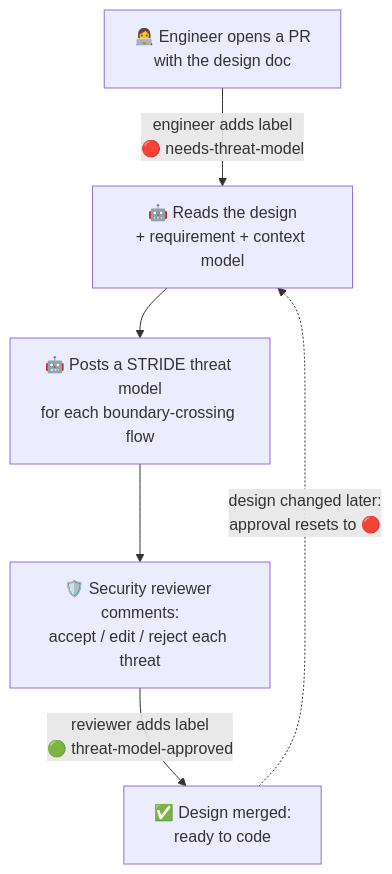
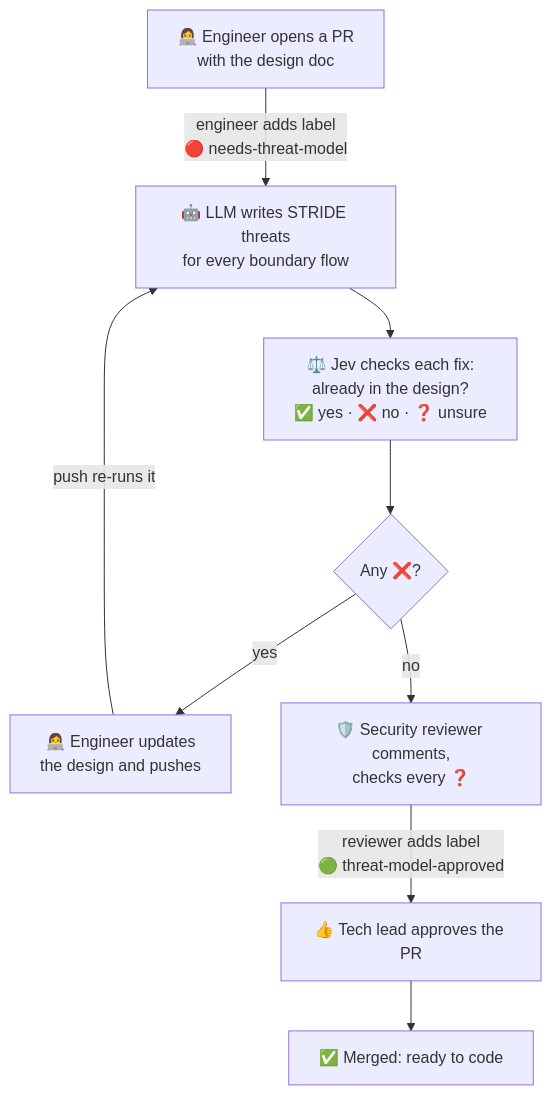
The second of 2 diagrams in README.md (padmanabhan-r/agentic-secure-sdlc), drawn with Mermaid before and after one commit. The commit also changed other lines of this file and 2 other files, not shown here.

Commit message:
Jev judges whether each fix is in the design; README Stage 2 diagram

````diff
--- a/README.md
+++ b/README.md
@@ -85,8 +85,11 @@
 ```mermaid
 flowchart TD
-    A["👩‍💻 Engineer opens a PR<br/>with the design doc"] -->|"engineer adds label<br/>🔴 needs-threat-model"| B["🤖 Reads the design<br/>+ requirement + context model"]
-    B --> C["🤖 Posts a STRIDE threat model<br/>for each boundary-crossing flow"]
-    C --> D["🛡️ Security reviewer comments:<br/>accept / edit / reject each threat"]
-    D -->|"reviewer adds label<br/>🟢 threat-model-approved"| E["✅ Design merged:<br/>ready to code"]
-    E -.->|"design changed later:<br/>approval resets to 🔴"| B
+    A["👩‍💻 Engineer opens a PR<br/>with the design doc"] -->|"engineer adds label<br/>🔴 needs-threat-model"| B["🤖 LLM writes STRIDE threats<br/>for every boundary flow"]
+    B --> C["⚖️ Jev checks each fix:<br/>already in the design?<br/>✅ yes · ❌ no · ❓ unsure"]
+    C --> D{"Any ❌?"}
+    D -->|yes| E["👩‍💻 Engineer updates<br/>the design and pushes"]
+    E -->|"push re-runs it"| B
+    D -->|no| F["🛡️ Security reviewer comments,<br/>checks every ❓"]
+    F -->|"reviewer adds label<br/>🟢 threat-model-approved"| G["👍 Tech lead approves the PR"]
+    G --> H["✅ Merged: ready to code"]
 ```
````
